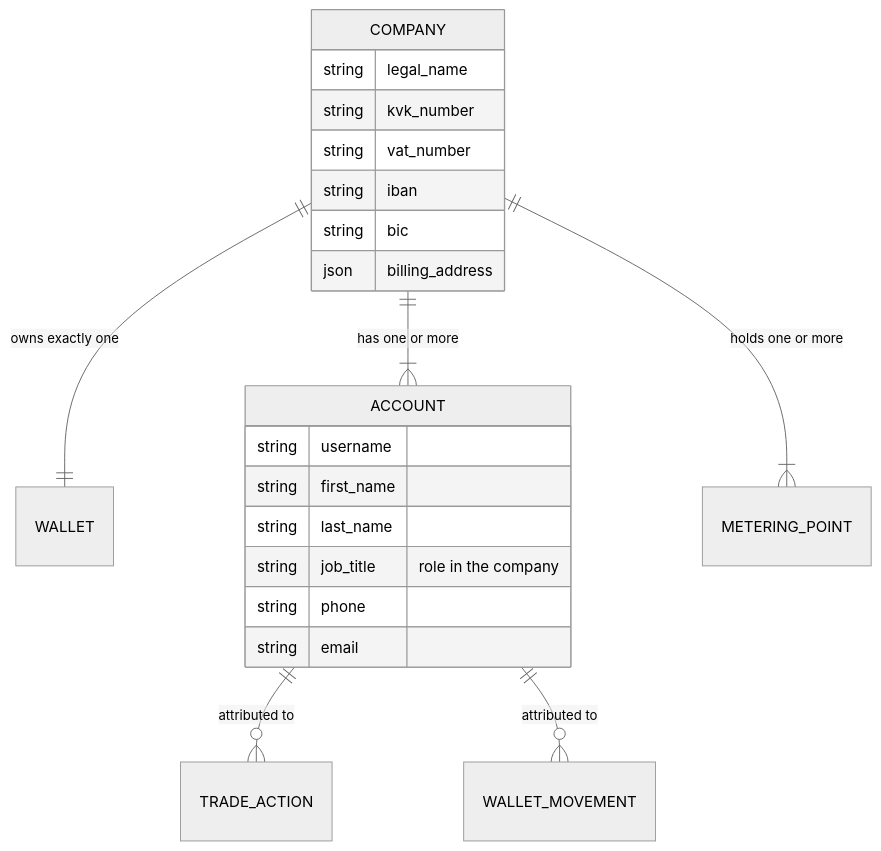
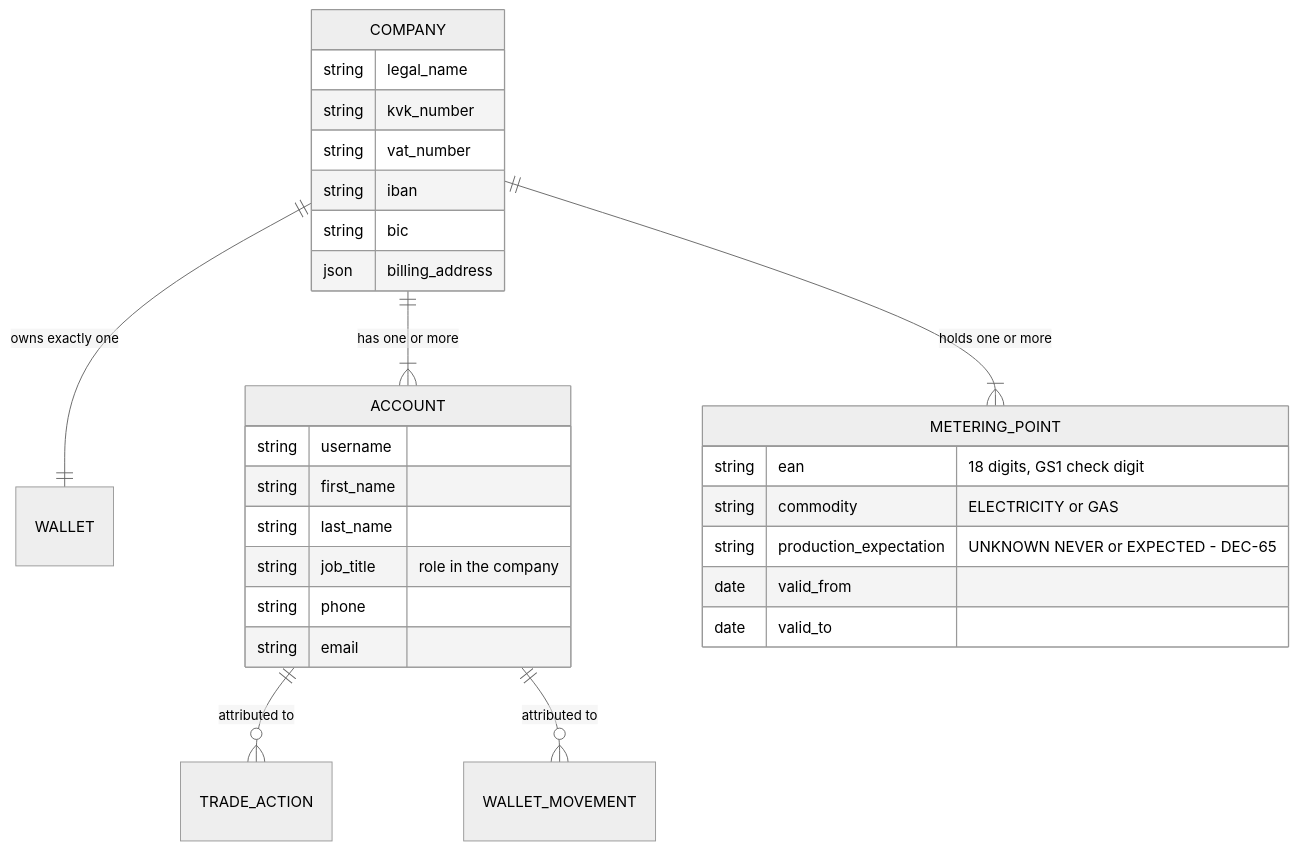
The diagram in specs/10-features/F01-customer-and-metering-points.md (lukastosic-ifd/peakpowerspecs), drawn with Mermaid (neutral theme) before and after one commit. The commit also changed other lines of this file and 43 other files, not shown here.

````diff
--- a/specs/10-features/F01-customer-and-metering-points.md
+++ b/specs/10-features/F01-customer-and-metering-points.md
@@ -27,25 +35,32 @@
 ```mermaid
 erDiagram
     COMPANY ||--|| WALLET : "owns exactly one"
     COMPANY ||--|{ ACCOUNT : "has one or more"
     COMPANY ||--|{ METERING_POINT : "holds one or more"
     ACCOUNT ||--o{ TRADE_ACTION : "attributed to"
     ACCOUNT ||--o{ WALLET_MOVEMENT : "attributed to"
 
     COMPANY {
         string legal_name
         string kvk_number
         string vat_number
         string iban
         string bic
         json billing_address
     }
     ACCOUNT {
         string username
         string first_name
         string last_name
         string job_title "role in the company"
         string phone
         string email
     }
+    METERING_POINT {
+        string ean "18 digits, GS1 check digit"
+        string commodity "ELECTRICITY or GAS"
+        string production_expectation "UNKNOWN NEVER or EXPECTED - DEC-65"
+        date valid_from
+        date valid_to
+    }
 ```
````
